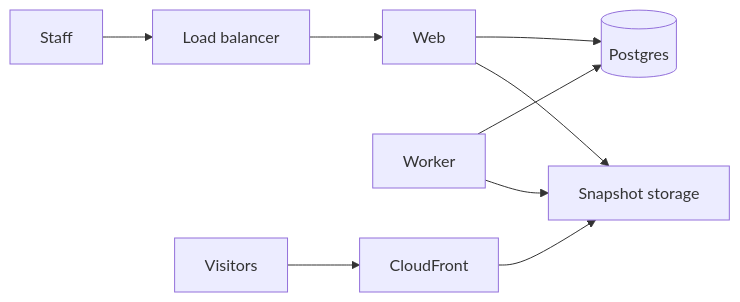
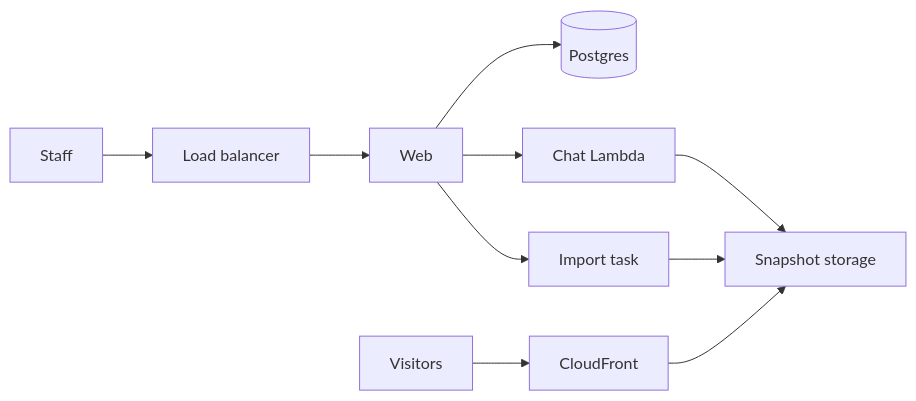
One commit to rera/flagstage-core changed the diagram in README.md. Above: the diagram before and after it, drawn with Mermaid. The commit also changed other lines of this file and 63 other files, not shown here.

First line of the commit message:
Run chat in one Lambda and imports as one-off tasks.

````diff
--- a/README.md
+++ b/README.md
@@ -33,11 +33,12 @@
 ```mermaid
 flowchart LR
   staff[Staff] --> alb[Load balancer]
   alb --> web[Web]
   web --> pg[(Postgres)]
-  worker[Worker] --> pg
-  worker --> files[Snapshot storage]
-  web --> files
+  web --> chatFn[Chat Lambda]
+  web --> importTask[Import task]
+  chatFn --> files[Snapshot storage]
+  importTask --> files
   visitors[Visitors] --> edge[CloudFront]
   edge --> files
 ```
````
